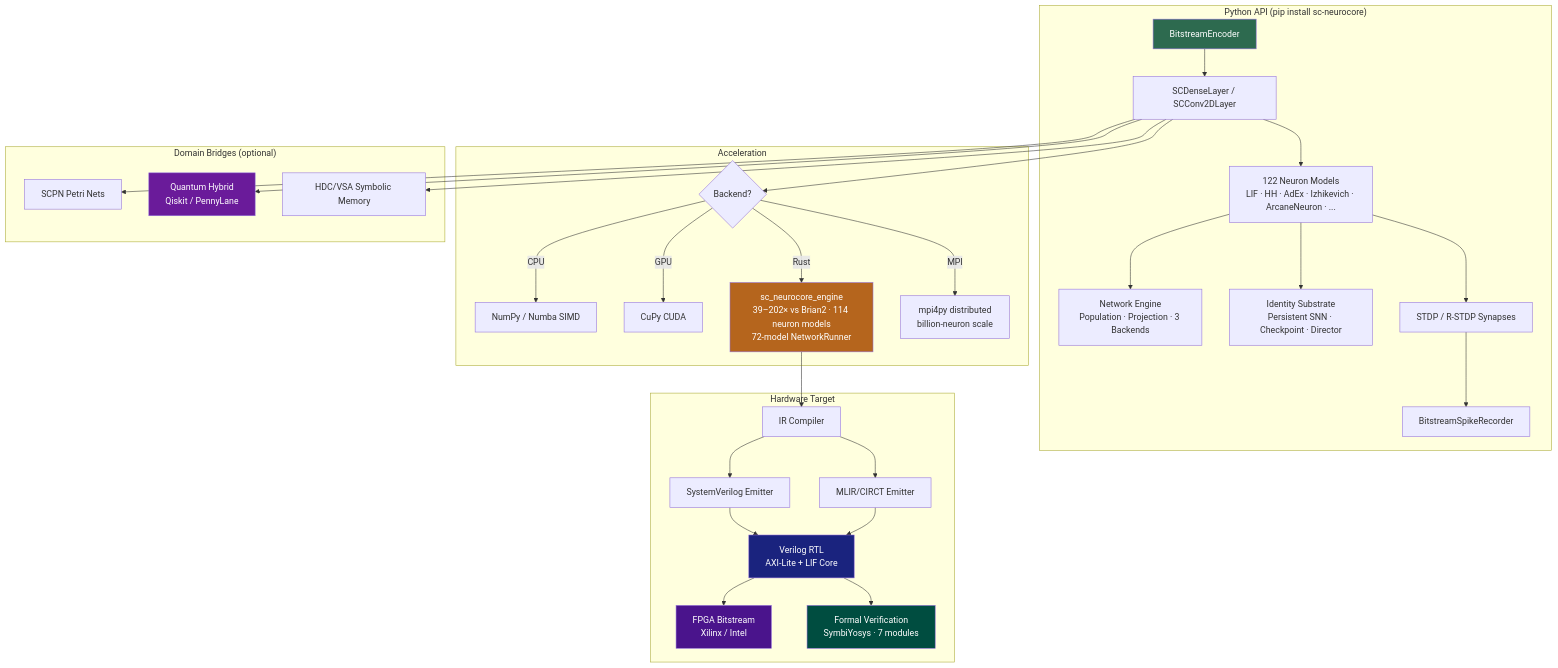
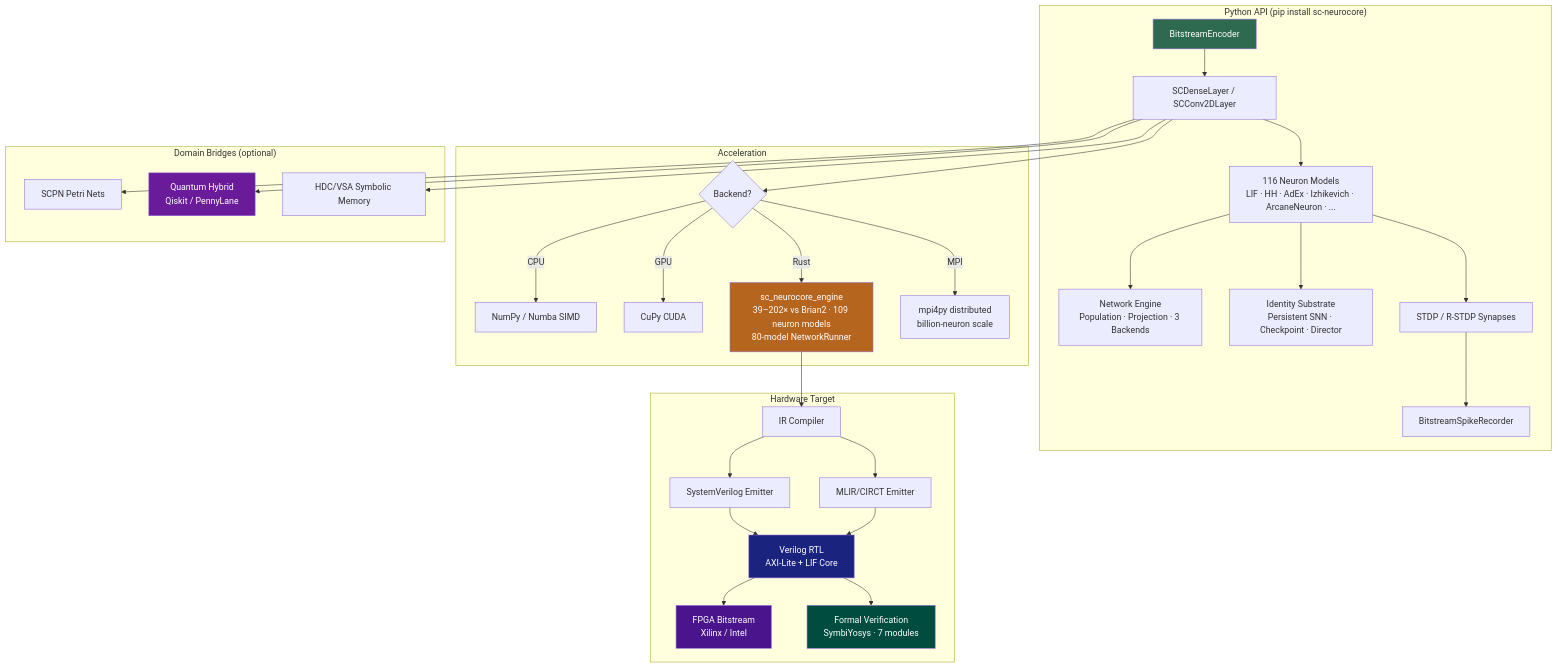
Before and after one commit to anulum/sc-neurocore: the diagram in README.md, drawn with Mermaid. The commit also changed other lines of this file and 1 other file, not shown here.

````diff
--- a/README.md
+++ b/README.md
@@ -287,42 +287,42 @@
 ```mermaid
 graph TD
     subgraph "Python API (pip install sc-neurocore)"
         A[BitstreamEncoder] --> B[SCDenseLayer / SCConv2DLayer]
-        B --> C[122 Neuron Models<br/>LIF · HH · AdEx · Izhikevich · ArcaneNeuron · ...]
+        B --> C[116 Neuron Models<br/>LIF · HH · AdEx · Izhikevich · ArcaneNeuron · ...]
         C --> NET[Network Engine<br/>Population · Projection · 3 Backends]
         C --> ID[Identity Substrate<br/>Persistent SNN · Checkpoint · Director]
         C --> D[STDP / R-STDP Synapses]
         D --> E[BitstreamSpikeRecorder]
     end
 
     subgraph "Acceleration"
         B --> F{Backend?}
         F -->|CPU| G[NumPy / Numba SIMD]
         F -->|GPU| H[CuPy CUDA]
-        F -->|Rust| I[sc_neurocore_engine<br/>39–202× vs Brian2 · 114 neuron models<br/>72-model NetworkRunner]
+        F -->|Rust| I[sc_neurocore_engine<br/>39–202× vs Brian2 · 109 neuron models<br/>80-model NetworkRunner]
         F -->|MPI| MPI[mpi4py distributed<br/>billion-neuron scale]
     end
 
     subgraph "Hardware Target"
         I --> J[IR Compiler]
         J --> K[SystemVerilog Emitter]
         J --> K2[MLIR/CIRCT Emitter]
         K --> L[Verilog RTL<br/>AXI-Lite + LIF Core]
         K2 --> L
         L --> M[FPGA Bitstream<br/>Xilinx / Intel]
         L --> V[Formal Verification<br/>SymbiYosys · 7 modules]
     end
 
     subgraph "Domain Bridges (optional)"
         B --> N[SCPN Petri Nets]
         B --> O[Quantum Hybrid<br/>Qiskit / PennyLane]
         B --> P[HDC/VSA Symbolic Memory]
     end
 
     style A fill:#2d6a4f,color:#fff
     style I fill:#b5651d,color:#fff
     style L fill:#1a237e,color:#fff
     style M fill:#4a148c,color:#fff
     style O fill:#6a1b9a,color:#fff
     style V fill:#004d40,color:#fff
 ```
````
